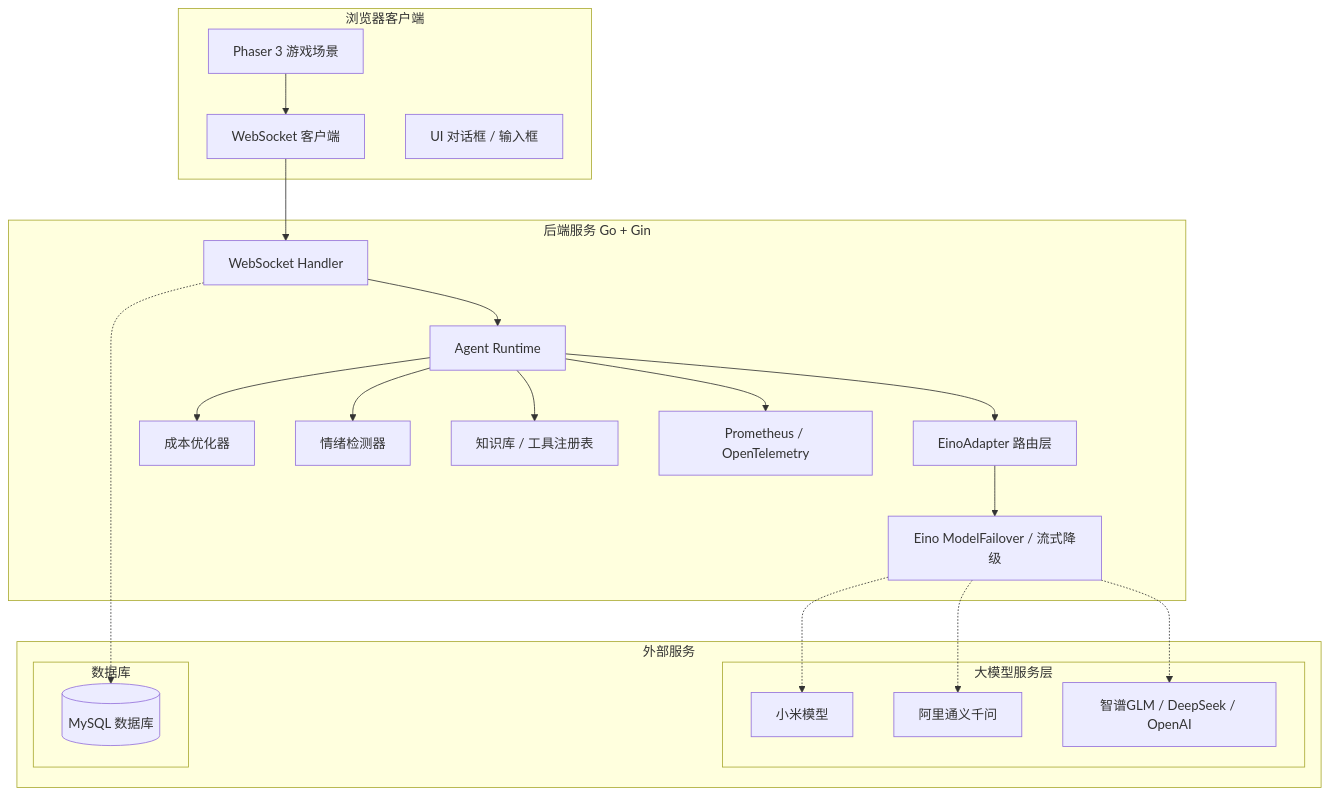
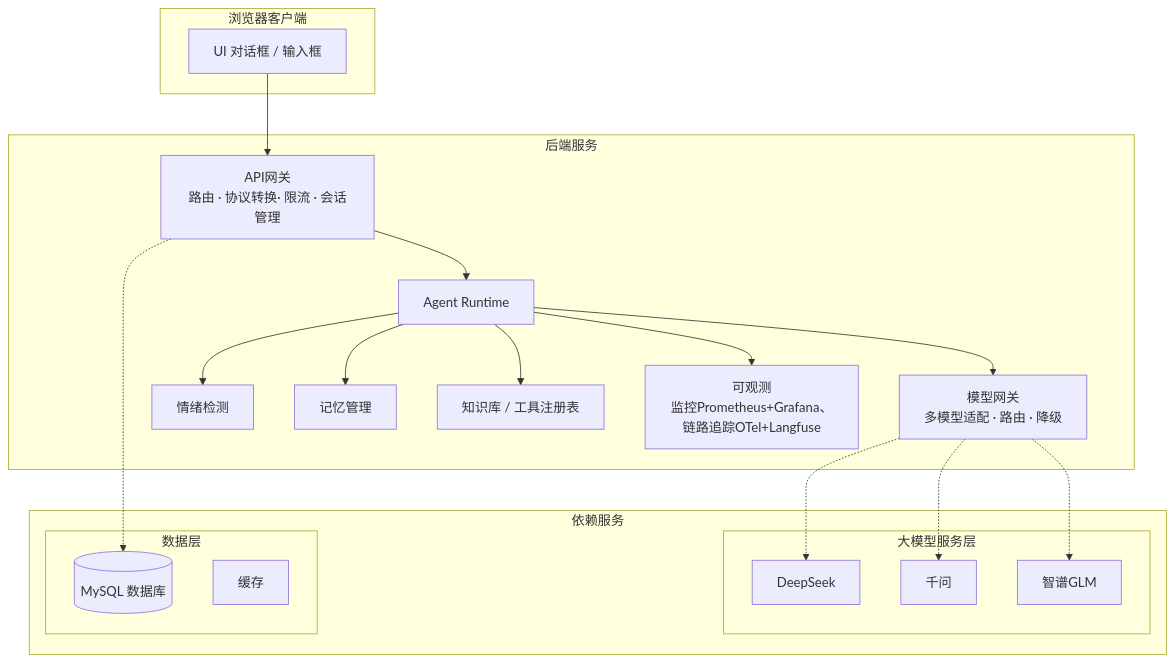
Before and after one commit to qjm134-source/taohuawu: the first of 4 diagrams in README.md, drawn with Mermaid.

Commit message:
架构图调整

````diff
--- a/README.md
+++ b/README.md
@@ -74,46 +74,42 @@
 ```mermaid
 graph TB
     subgraph Client["浏览器客户端"]
-        A[Phaser 3 游戏场景]
-        B[WebSocket 客户端]
-        C[UI 对话框 / 输入框]
+        A[UI 对话框 / 输入框]
     end
 
-    subgraph Backend["后端服务 Go + Gin"]
-        D[WebSocket Handler]
+    subgraph Backend["后端服务"]
+        D[API网关<br/>路由 · 协议转换· 限流 · 会话管理]
         E[Agent Runtime]
-        F[EinoAdapter 路由层]
-        G[成本优化器]
-        H[情绪检测器]
+        F[模型网关<br/>多模型适配 · 路由 · 降级]
+        G[情绪检测]
+        H[记忆管理]
         I[知识库 / 工具注册表]
-        J[Eino ModelFailover / 流式降级]
-        L[Prometheus / OpenTelemetry]
+        J[可观测<br/>监控Prometheus+Grafana、链路追踪OTel+Langfuse]
     end
 
-    subgraph 外部服务["外部服务"]
+    subgraph 依赖服务["依赖服务"]
         subgraph LLM["大模型服务层"]
-            M[小米模型]
-            N[阿里通义千问]
-            O[智谱GLM / DeepSeek / OpenAI]
+            M[DeepSeek]
+            N[千问]
+            O[智谱GLM]
         end
 
-        subgraph 数据库["数据库"]
+        subgraph 数据层["数据层"]
             K[(MySQL 数据库)]
+            P[缓存]
         end
     end
 
-    A --> B
-    B --> D
+    A --> D
     D --> E
     E --> F
     E --> G
     E --> H
     E --> I
-    E --> L
-    F --> J
+    E --> J
 
-    J -.-> M
-    J -.-> N
-    J -.-> O
+    F -.-> M
+    F -.-> N
+    F -.-> O
     D -.-> K
 ```
````
